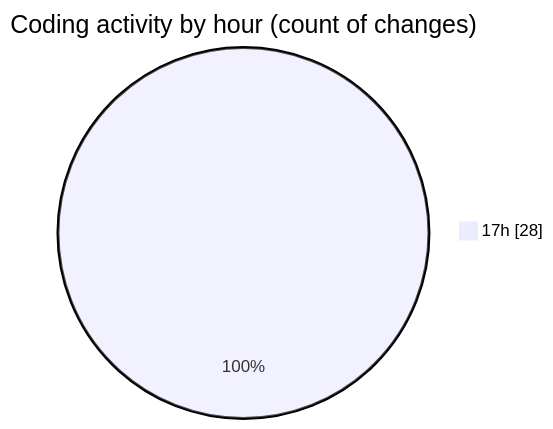
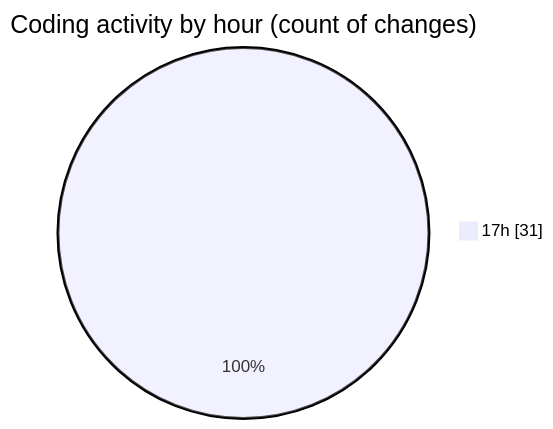
One commit to nxtqubesakshisongat/code-tracking changed the second of 2 diagrams in 2025-07-19/nxtqube_webapp/README.md. Above: the diagram before and after it, drawn with Mermaid. The commit also changed other lines of this file and 1 other file, not shown here.

````diff
--- a/2025-07-19/nxtqube_webapp/README.md
+++ b/2025-07-19/nxtqube_webapp/README.md
@@ -38,5 +38,5 @@
 ```mermaid
 pie showData
 title Coding activity by hour (count of changes)
-"17h" : 28
+"17h" : 31
 ```
````
